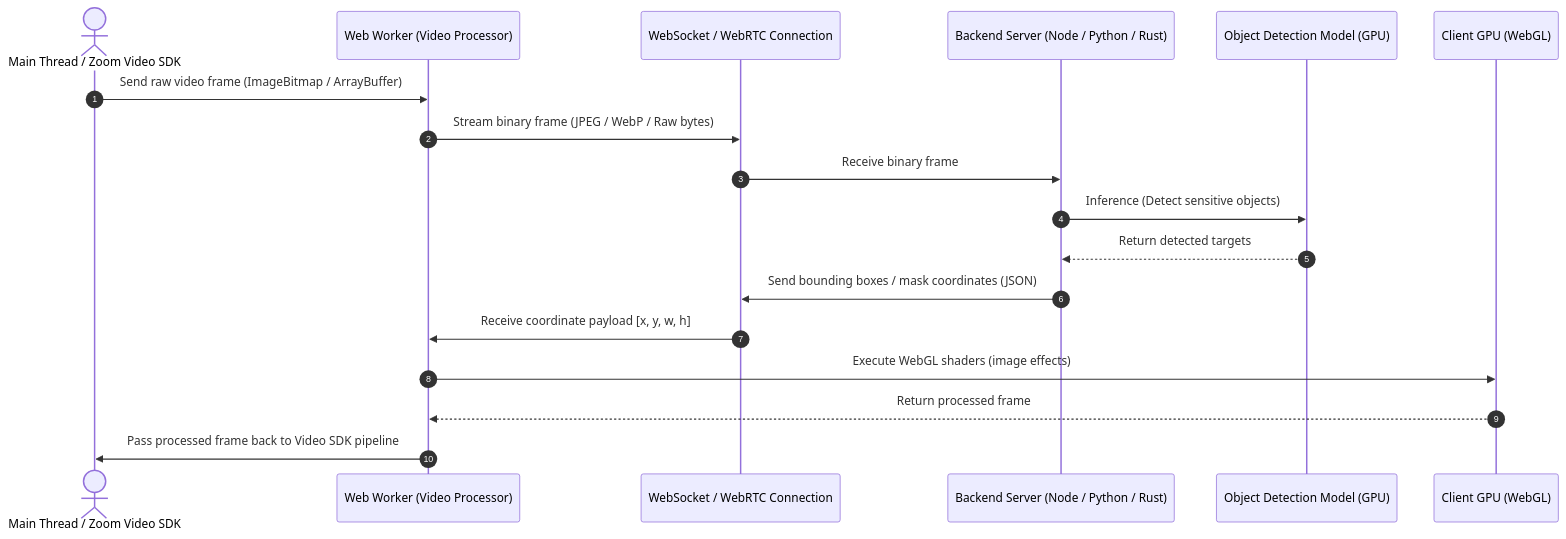
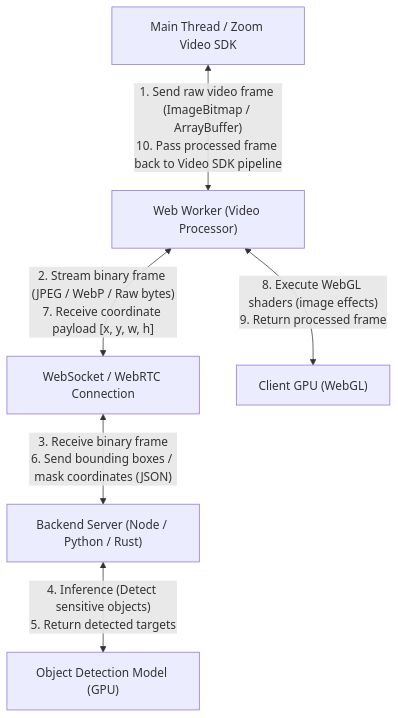
One commit to zoom/blueprints changed the second of 2 diagrams in blueprints/content-moderation-and-detection/index.md. Above: the diagram before and after it, drawn with Mermaid. The commit also changed other lines of this file and 2 other files, not shown here.

First line of the commit message:
Fit the three sequence diagrams into the content column

````diff
--- a/blueprints/content-moderation-and-detection/index.md
+++ b/blueprints/content-moderation-and-detection/index.md
@@ -146,21 +132,8 @@
 ```mermaid
-sequenceDiagram
-    autonumber
-    actor Main as Main Thread / Zoom Video SDK
-    participant Worker as Web Worker (Video Processor)
-    participant WS as WebSocket / WebRTC Connection
-    participant Server as Backend Server (Node / Python / Rust)
-    participant Model as Object Detection Model (GPU)
-    participant GPU as Client GPU (WebGL)
-
-    Main->>Worker: Send raw video frame (ImageBitmap / ArrayBuffer)
-    Worker->>WS: Stream binary frame (JPEG / WebP / Raw bytes)
-    WS->>Server: Receive binary frame
-    Server->>Model: Inference (Detect sensitive objects)
-    Model-->>Server: Return detected targets
-    Server->>WS: Send bounding boxes / mask coordinates (JSON)
-    WS->>Worker: Receive coordinate payload [x, y, w, h]
-    Worker->>GPU: Execute WebGL shaders (image effects)
-    GPU-->>Worker: Return processed frame
-    Worker->>Main: Pass processed frame back to Video SDK pipeline
+flowchart TB
+    Main[Main Thread / Zoom Video SDK] <-->|"1. Send raw video frame (ImageBitmap / ArrayBuffer)<br/>10. Pass processed frame back to Video SDK pipeline"| Worker["Web Worker (Video Processor)"]
+    Worker <-->|"2. Stream binary frame (JPEG / WebP / Raw bytes)<br/>7. Receive coordinate payload [x, y, w, h]"| WS[WebSocket / WebRTC Connection]
+    WS <-->|"3. Receive binary frame<br/>6. Send bounding boxes / mask coordinates (JSON)"| Server["Backend Server (Node / Python / Rust)"]
+    Server <-->|"4. Inference (Detect sensitive objects)<br/>5. Return detected targets"| Model["Object Detection Model (GPU)"]
+    Worker <-->|"8. Execute WebGL shaders (image effects)<br/>9. Return processed frame"| GPU["Client GPU (WebGL)"]
 ```
````
